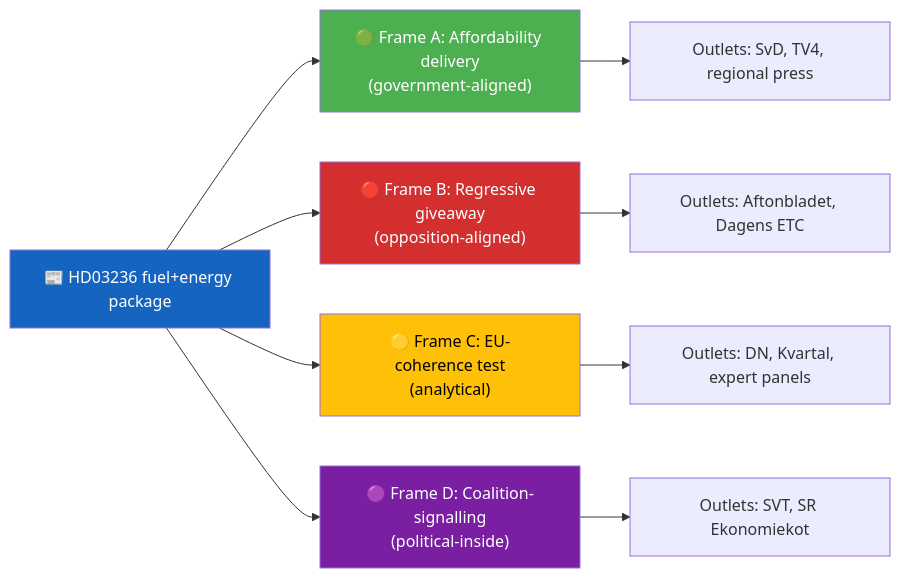
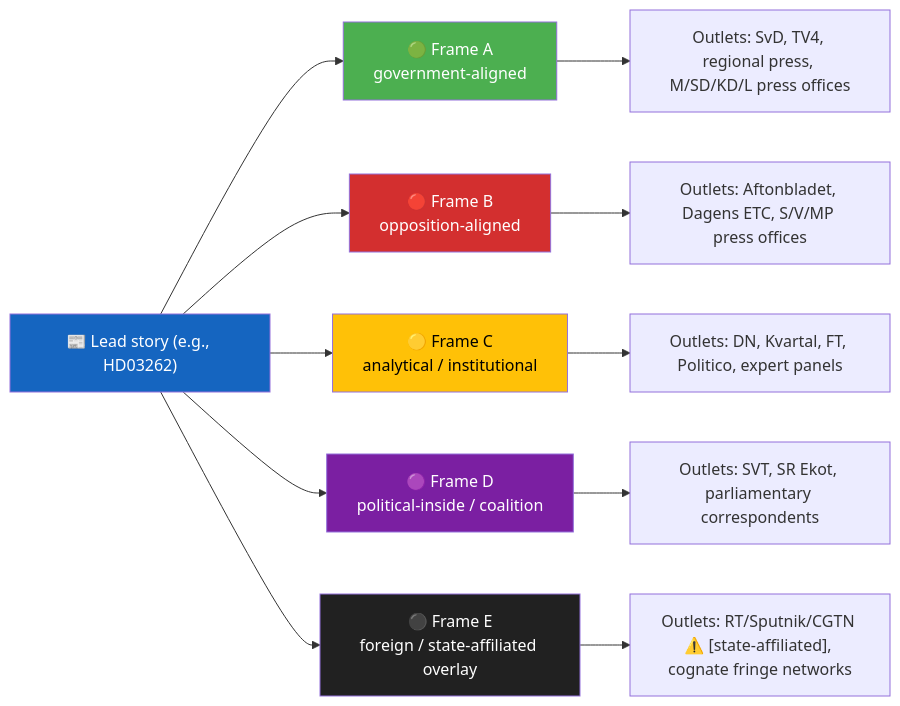
One commit to Hack23/riksdagsmonitor changed the first of 4 diagrams in analysis/templates/media-framing-analysis.md. Above: the diagram before and after it, drawn with Mermaid. The commit also changed other lines of this file and 9 other files, not shown here.

````diff
--- a/analysis/templates/media-framing-analysis.md
+++ b/analysis/templates/media-framing-analysis.md
@@ -58,18 +61,21 @@
 ```mermaid
 graph LR
-    STORY["📰 HD03236 fuel+energy package"] --> F1["🟢 Frame A: Affordability delivery<br/>(government-aligned)"]
-    STORY --> F2["🔴 Frame B: Regressive giveaway<br/>(opposition-aligned)"]
-    STORY --> F3["🟡 Frame C: EU-coherence test<br/>(analytical)"]
-    STORY --> F4["🟣 Frame D: Coalition-signalling<br/>(political-inside)"]
+    STORY["📰 Lead story (e.g., HD03262)"] --> F1["🟢 Frame A<br/>government-aligned"]
+    STORY --> F2["🔴 Frame B<br/>opposition-aligned"]
+    STORY --> F3["🟡 Frame C<br/>analytical / institutional"]
+    STORY --> F4["🟣 Frame D<br/>political-inside / coalition"]
+    STORY --> F5["⚫ Frame E<br/>foreign / state-affiliated overlay"]
 
-    F1 --> OUT1["Outlets: SvD, TV4, regional press"]
-    F2 --> OUT2["Outlets: Aftonbladet, Dagens ETC"]
-    F3 --> OUT3["Outlets: DN, Kvartal, expert panels"]
-    F4 --> OUT4["Outlets: SVT, SR Ekonomiekot"]
+    F1 --> OUT1["Outlets: SvD, TV4, regional press, M/SD/KD/L press offices"]
+    F2 --> OUT2["Outlets: Aftonbladet, Dagens ETC, S/V/MP press offices"]
+    F3 --> OUT3["Outlets: DN, Kvartal, FT, Politico, expert panels"]
+    F4 --> OUT4["Outlets: SVT, SR Ekot, parliamentary correspondents"]
+    F5 --> OUT5["Outlets: RT/Sputnik/CGTN ⚠️ [state-affiliated], cognate fringe networks"]
 
     style STORY fill:#1565C0,color:#FFFFFF
     style F1 fill:#4CAF50,color:#FFFFFF
     style F2 fill:#D32F2F,color:#FFFFFF
     style F3 fill:#FFC107,color:#000000
     style F4 fill:#7B1FA2,color:#FFFFFF
+    style F5 fill:#212121,color:#FFFFFF
 ```
````
